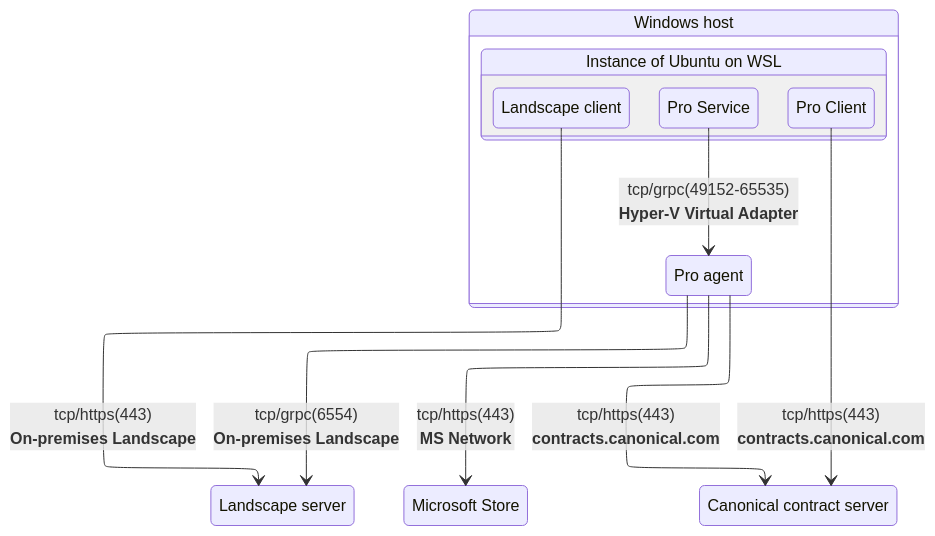
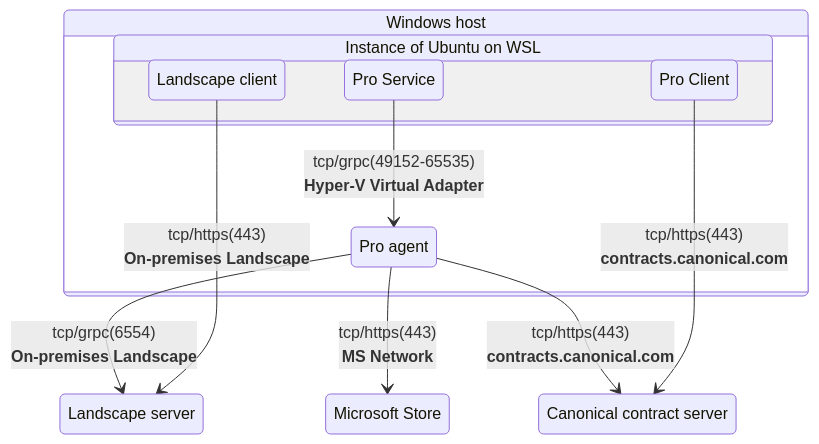
Before and after one commit to canonical/ubuntu-pro-for-wsl: the diagram in docs/reference/firewall_requirements.md, drawn with Mermaid. The commit also changed 2 other files, not shown here.

Commit message:
make diagrams GitHub-compatible
- removes use of Elk renderer
- convert Mermaid blocks to myst directive

````diff
--- a/docs/reference/firewall_requirements.md
+++ b/docs/reference/firewall_requirements.md
@@ -20,27 +20,25 @@
-```{mermaid}
-%%{init: {"layout":"elk"}}%%
-
+```mermaid
 stateDiagram-v2
     LandscapeServer: Landscape server
     MicrosoftStore: Microsoft Store
     CanonicalServer: Canonical contract server
     WindowsHost: Windows host
     UbuntuWSL: Instance of Ubuntu on WSL
 
     state WindowsHost {
         ProAgent: Pro agent
 
         state UbuntuWSL {
             LandscapeClient: Landscape client
             WSLProService: Pro Service
             UbuntuProClient: Pro Client
         }
     }
 
     ProAgent --> MicrosoftStore: tcp/https(443)<br/><strong>MS Network</strong>
     ProAgent --> CanonicalServer: tcp/https(443)<br/><strong>contracts.canonical.com</strong>
     ProAgent --> LandscapeServer: tcp/grpc(6554)<br/><strong>On-premises Landscape</strong>
     WSLProService --> ProAgent: tcp/grpc(49152-65535)<br/><strong>Hyper-V Virtual Adapter</strong>
     UbuntuProClient --> CanonicalServer: tcp/https(443)<br/><strong>contracts.canonical.com</strong>
     LandscapeClient --> LandscapeServer: tcp/https(443)<br/><strong>On-premises Landscape</strong>
 ```
````
